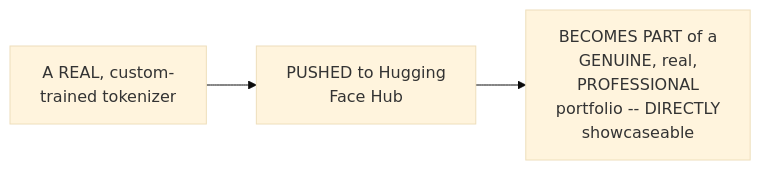
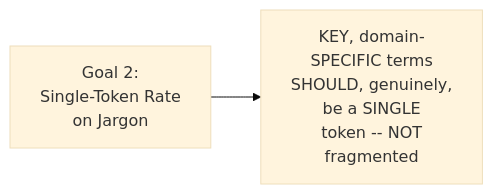
Diagram 15 of 27 in LLM Production AI Engineering/1. AI Foundations/2. Tokenization/4. Resolving the Vocabulary-Size Conflict.md (sanjeevpalla/Notes), drawn with Mermaid (base theme) before and after one commit. The commit also changed other lines of this file and 7 other files, not shown here.

````diff
--- a/LLM Production AI Engineering/1. AI Foundations/2. Tokenization/4. Resolving the Vocabulary-Size Conflict.md
+++ b/LLM Production AI Engineering/1. AI Foundations/2. Tokenization/4. Resolving the Vocabulary-Size Conflict.md
@@ -504,5 +320,4 @@
 ```mermaid
 flowchart LR
-    A["A REAL, custom-<br/>trained tokenizer"] --> B["PUSHED to Hugging<br/>Face Hub"]
-    B --> C["BECOMES PART of a<br/>GENUINE, real,<br/>PROFESSIONAL<br/>portfolio -- DIRECTLY<br/>showcaseable"]
+    A["Goal 2:<br/>Single-Token Rate<br/>on Jargon"] --> B["KEY, domain-<br/>SPECIFIC terms<br/>SHOULD, genuinely,<br/>be a SINGLE<br/>token -- NOT<br/>fragmented"]
 ```
````
